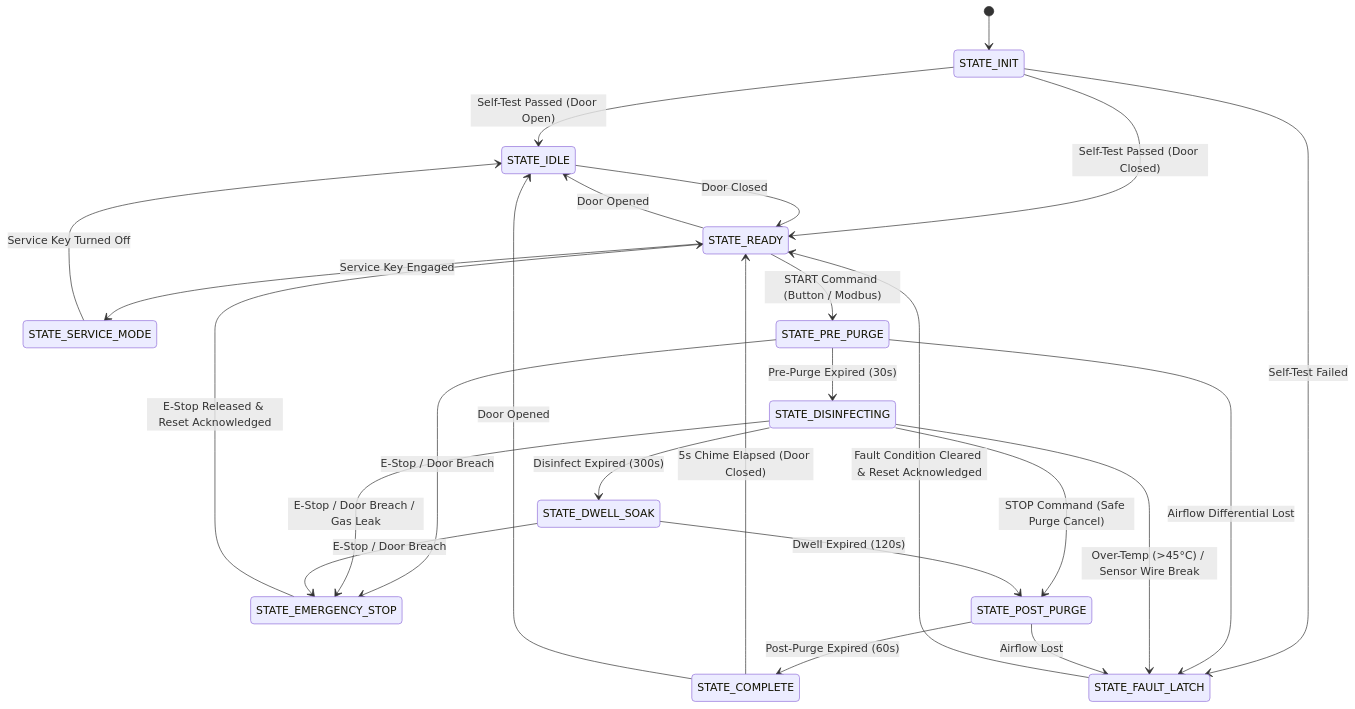
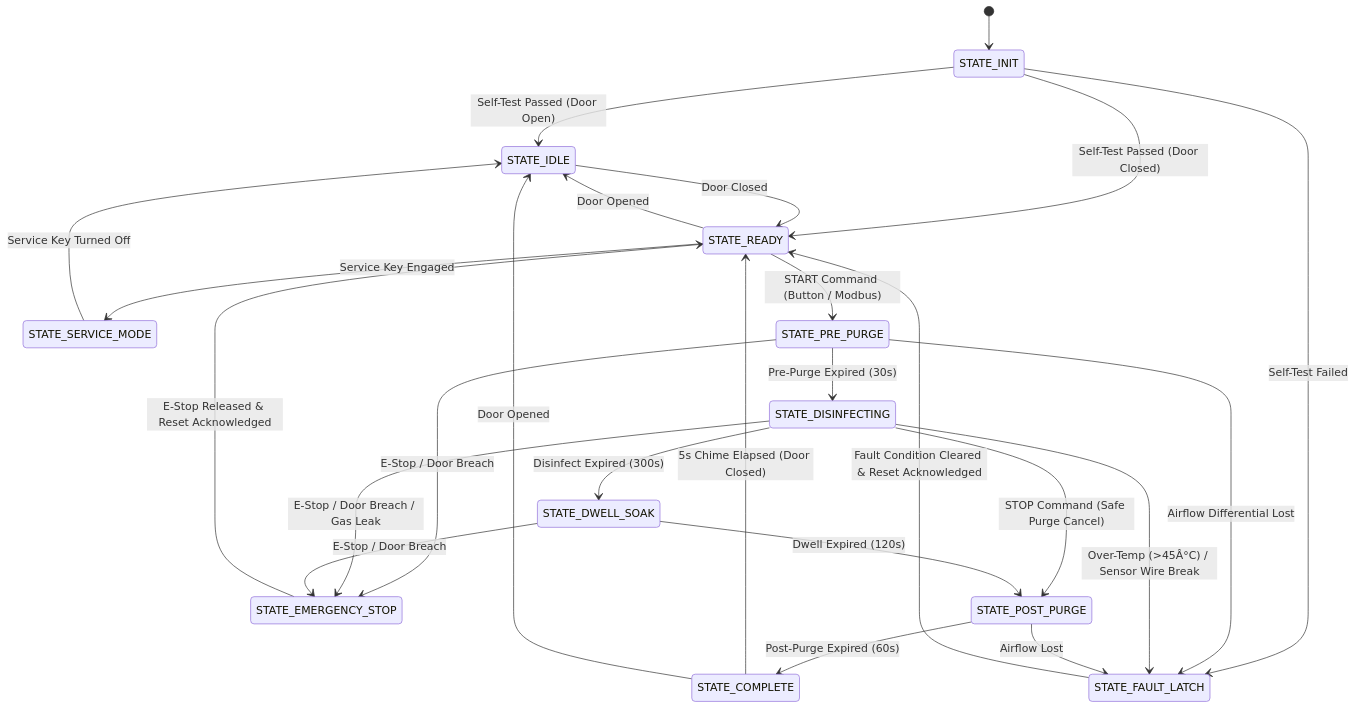
One commit to sherifred-singh/smart-industrial-disinfection-controller changed the second of 3 diagrams in README.md. Above: the diagram before and after it, drawn with Mermaid. The commit also changed other lines of this file, not shown here.

````diff
--- a/README.md
+++ b/README.md
@@ -104,35 +104,35 @@
 ```mermaid
 stateDiagram-v2
     [*] --> STATE_INIT
     STATE_INIT --> STATE_IDLE: Self-Test Passed (Door Open)
     STATE_INIT --> STATE_READY: Self-Test Passed (Door Closed)
     STATE_INIT --> STATE_FAULT_LATCH: Self-Test Failed
 
     STATE_IDLE --> STATE_READY: Door Closed
     STATE_READY --> STATE_IDLE: Door Opened
     STATE_READY --> STATE_SERVICE_MODE: Service Key Engaged
 
     STATE_READY --> STATE_PRE_PURGE: START Command (Button / Modbus)
 
     STATE_PRE_PURGE --> STATE_DISINFECTING: Pre-Purge Expired (30s)
     STATE_PRE_PURGE --> STATE_FAULT_LATCH: Airflow Differential Lost
     STATE_PRE_PURGE --> STATE_EMERGENCY_STOP: E-Stop / Door Breach
 
     STATE_DISINFECTING --> STATE_DWELL_SOAK: Disinfect Expired (300s)
     STATE_DISINFECTING --> STATE_EMERGENCY_STOP: E-Stop / Door Breach / Gas Leak
-    STATE_DISINFECTING --> STATE_FAULT_LATCH: Over-Temp (>45°C) / Sensor Wire Break
+    STATE_DISINFECTING --> STATE_FAULT_LATCH: Over-Temp (>45Â°C) / Sensor Wire Break
     STATE_DISINFECTING --> STATE_POST_PURGE: STOP Command (Safe Purge Cancel)
 
     STATE_DWELL_SOAK --> STATE_POST_PURGE: Dwell Expired (120s)
     STATE_DWELL_SOAK --> STATE_EMERGENCY_STOP: E-Stop / Door Breach
 
     STATE_POST_PURGE --> STATE_COMPLETE: Post-Purge Expired (60s)
     STATE_POST_PURGE --> STATE_FAULT_LATCH: Airflow Lost
 
     STATE_COMPLETE --> STATE_READY: 5s Chime Elapsed (Door Closed)
     STATE_COMPLETE --> STATE_IDLE: Door Opened
 
     STATE_EMERGENCY_STOP --> STATE_READY: E-Stop Released & Reset Acknowledged
     STATE_FAULT_LATCH --> STATE_READY: Fault Condition Cleared & Reset Acknowledged
     STATE_SERVICE_MODE --> STATE_IDLE: Service Key Turned Off
 ```
````
